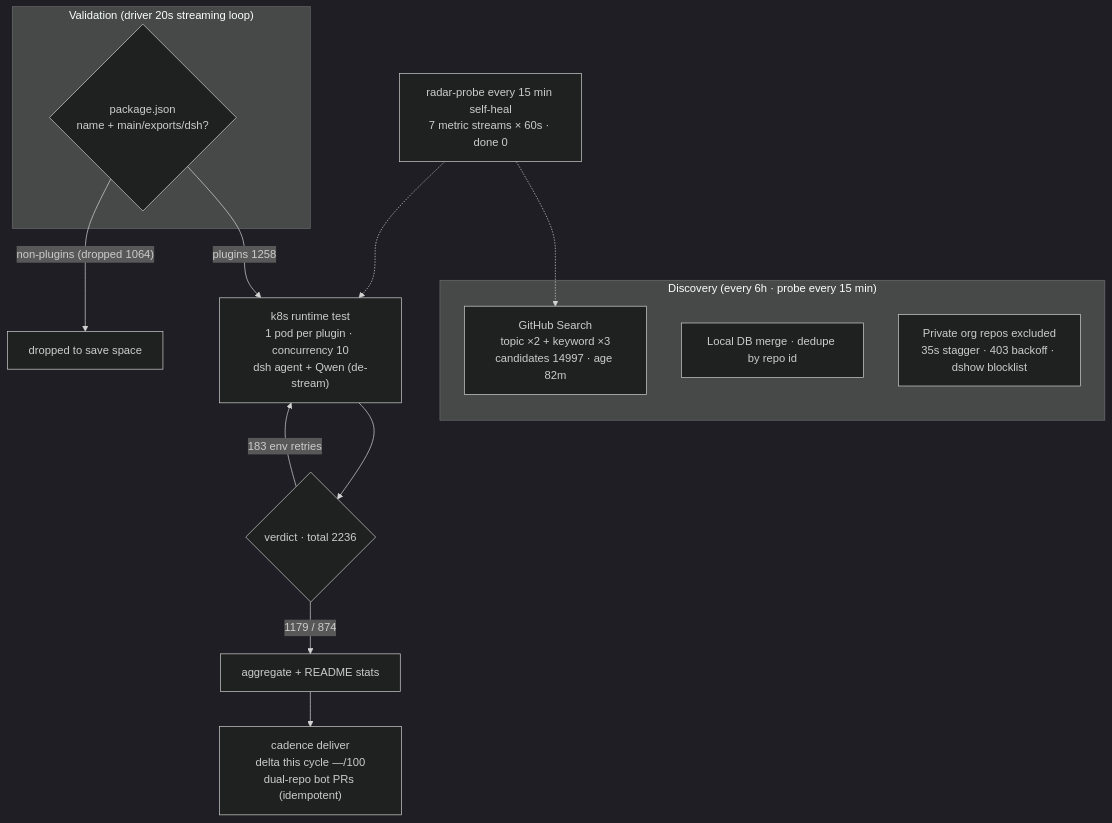
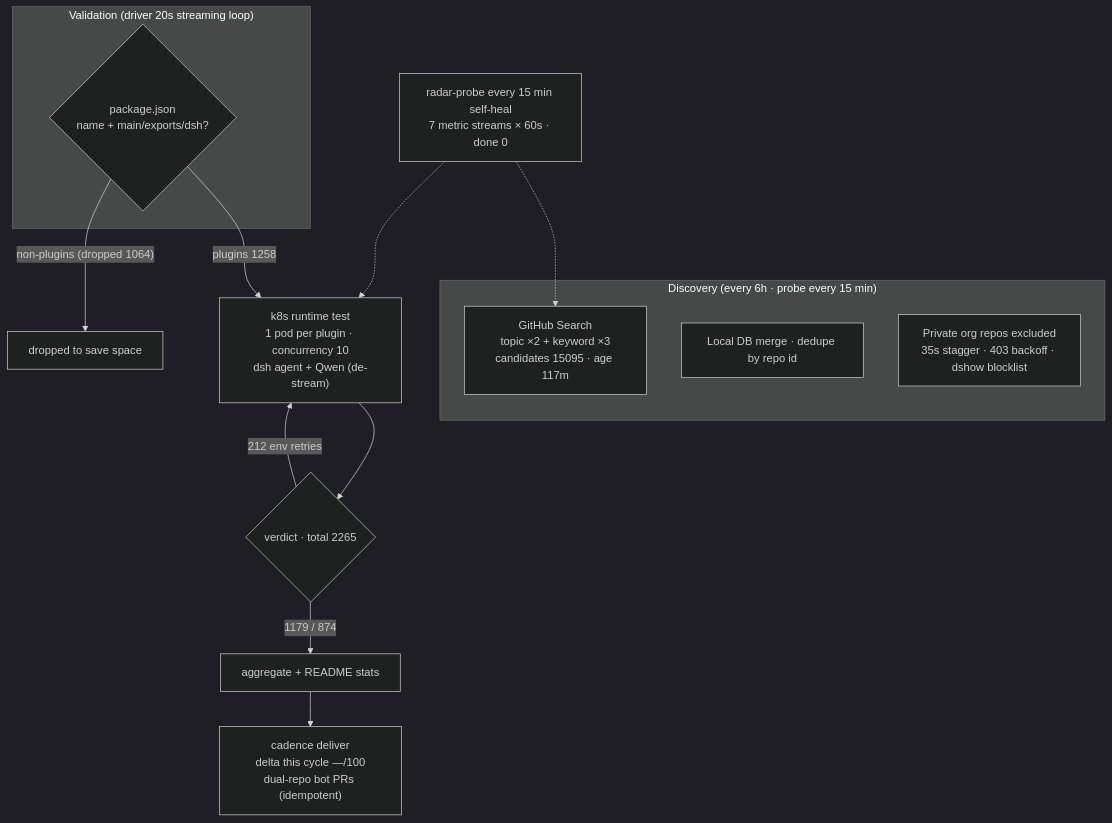
Before and after one commit to AdamPlatin123/awesome-dsh-plugins: the diagram in README.en-US.md, drawn with Mermaid (dark theme). The commit also changed other lines of this file and 5 other files, not shown here.

````diff
--- a/README.en-US.md
+++ b/README.en-US.md
@@ -30,20 +30,20 @@
 ```mermaid
 flowchart TB
     subgraph Discovery["Discovery (every 6h · probe every 15 min)"]
-        A1["GitHub Search<br/>topic ×2 + keyword ×3<br/>candidates 14997 · age 82m"]
+        A1["GitHub Search<br/>topic ×2 + keyword ×3<br/>candidates 15095 · age 117m"]
         A2["Local DB merge · dedupe by repo id"]
         A3["Private org repos excluded<br/>35s stagger · 403 backoff · dshow blocklist"]
     end
     subgraph Validation["Validation (driver 20s streaming loop)"]
         B1{"package.json<br/>name + main/exports/dsh?"}
     end
     B1 -->|"plugins 1258"| C1["k8s runtime test<br/>1 pod per plugin · concurrency 10<br/>dsh agent + Qwen (de-stream)"]
     B1 -->|"non-plugins (dropped 1064)"| B3["dropped to save space"]
-    C1 --> D1{"verdict · total 2236"}
+    C1 --> D1{"verdict · total 2265"}
     D1 -->|"1179 / 874"| E1["aggregate + README stats"]
-    D1 -->|"183 env retries"| C1
+    D1 -->|"212 env retries"| C1
     E1 --> E2["cadence deliver<br/>delta this cycle —/100<br/>dual-repo bot PRs (idempotent)"]
     M["radar-probe every 15 min self-heal<br/>7 metric streams × 60s · done 0"]
     M -.-> A1
     M -.-> C1
 ```
````
